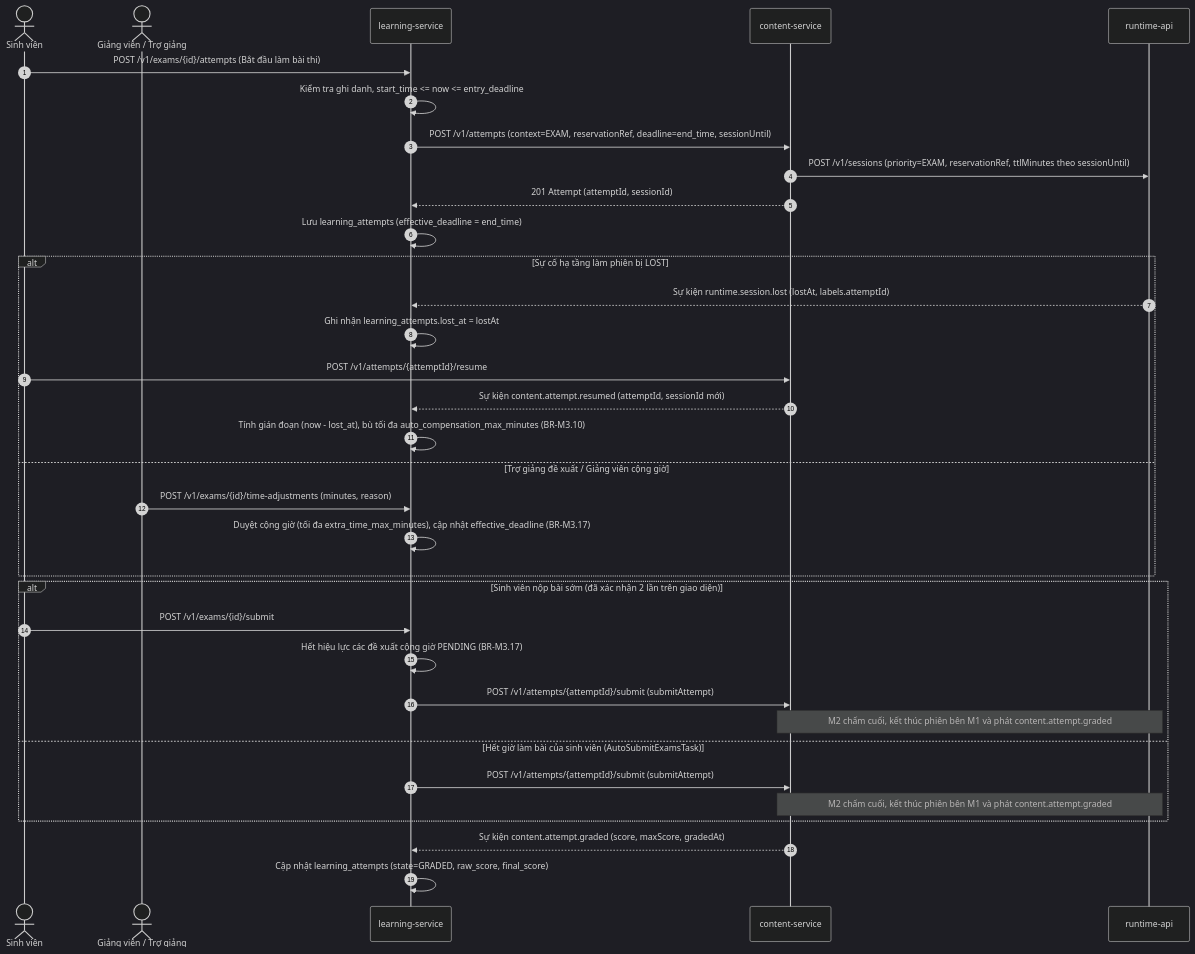
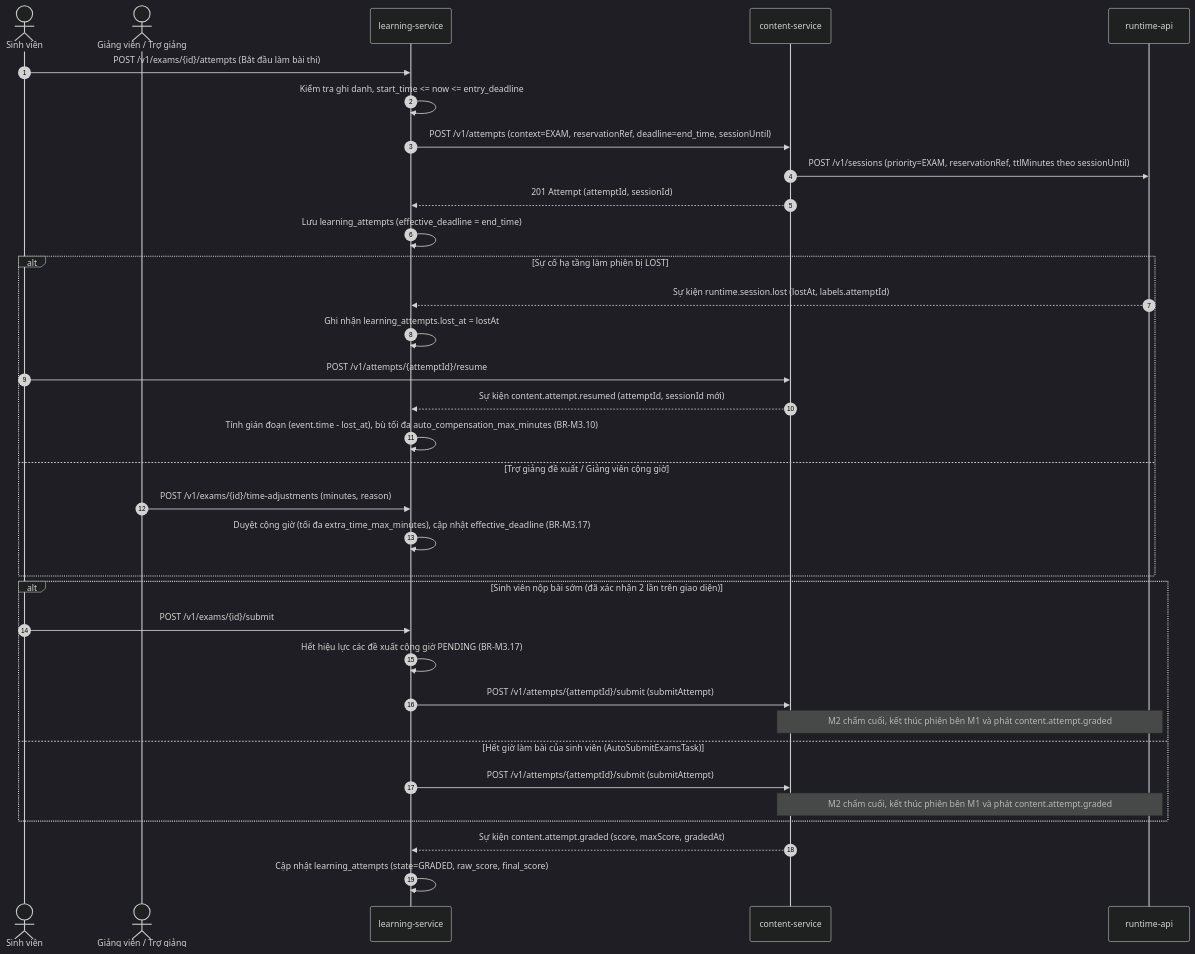
One commit to NhatMinh0311/Crucible changed the fourth of 5 diagrams in docs/modules/m3-learning.md. Above: the diagram before and after it, drawn with Mermaid (dark theme). The commit also changed other lines of this file and 1 other file, not shown here.

Commit message:
Hiệu chỉnh thiết kế M3 theo nhận xét vòng 2 và đổi tên Giai đoạn 4 trong nhật ký AI

````diff
--- a/docs/modules/m3-learning.md
+++ b/docs/modules/m3-learning.md
@@ -433,39 +434,39 @@
 ```mermaid
 sequenceDiagram
     autonumber
     actor SV as Sinh viên
     actor GV as Giảng viên / Trợ giảng
     participant M3 as learning-service
     participant M2 as content-service
     participant M1 as runtime-api
 
     SV->>M3: POST /v1/exams/{id}/attempts (Bắt đầu làm bài thi)
     M3->>M3: Kiểm tra ghi danh, start_time <= now <= entry_deadline
     M3->>M2: POST /v1/attempts (context=EXAM, reservationRef, deadline=end_time, sessionUntil)
     M2->>M1: POST /v1/sessions (priority=EXAM, reservationRef, ttlMinutes theo sessionUntil)
     M2-->>M3: 201 Attempt (attemptId, sessionId)
     M3->>M3: Lưu learning_attempts (effective_deadline = end_time)
 
     alt Sự cố hạ tầng làm phiên bị LOST
         M1-->>M3: Sự kiện runtime.session.lost (lostAt, labels.attemptId)
         M3->>M3: Ghi nhận learning_attempts.lost_at = lostAt
         SV->>M2: POST /v1/attempts/{attemptId}/resume
         M2-->>M3: Sự kiện content.attempt.resumed (attemptId, sessionId mới)
-        M3->>M3: Tính gián đoạn (now - lost_at), bù tối đa auto_compensation_max_minutes (BR-M3.10)
+        M3->>M3: Tính gián đoạn (event.time - lost_at), bù tối đa auto_compensation_max_minutes (BR-M3.10)
     else Trợ giảng đề xuất / Giảng viên cộng giờ
         GV->>M3: POST /v1/exams/{id}/time-adjustments (minutes, reason)
         M3->>M3: Duyệt cộng giờ (tối đa extra_time_max_minutes), cập nhật effective_deadline (BR-M3.17)
     end
 
     alt Sinh viên nộp bài sớm (đã xác nhận 2 lần trên giao diện)
         SV->>M3: POST /v1/exams/{id}/submit
         M3->>M3: Hết hiệu lực các đề xuất cộng giờ PENDING (BR-M3.17)
         M3->>M2: POST /v1/attempts/{attemptId}/submit (submitAttempt)
         Note over M2,M1: M2 chấm cuối, kết thúc phiên bên M1 và phát content.attempt.graded
     else Hết giờ làm bài của sinh viên (AutoSubmitExamsTask)
         M3->>M2: POST /v1/attempts/{attemptId}/submit (submitAttempt)
         Note over M2,M1: M2 chấm cuối, kết thúc phiên bên M1 và phát content.attempt.graded
     end
     M2-->>M3: Sự kiện content.attempt.graded (score, maxScore, gradedAt)
     M3->>M3: Cập nhật learning_attempts (state=GRADED, raw_score, final_score)
 ```
````
